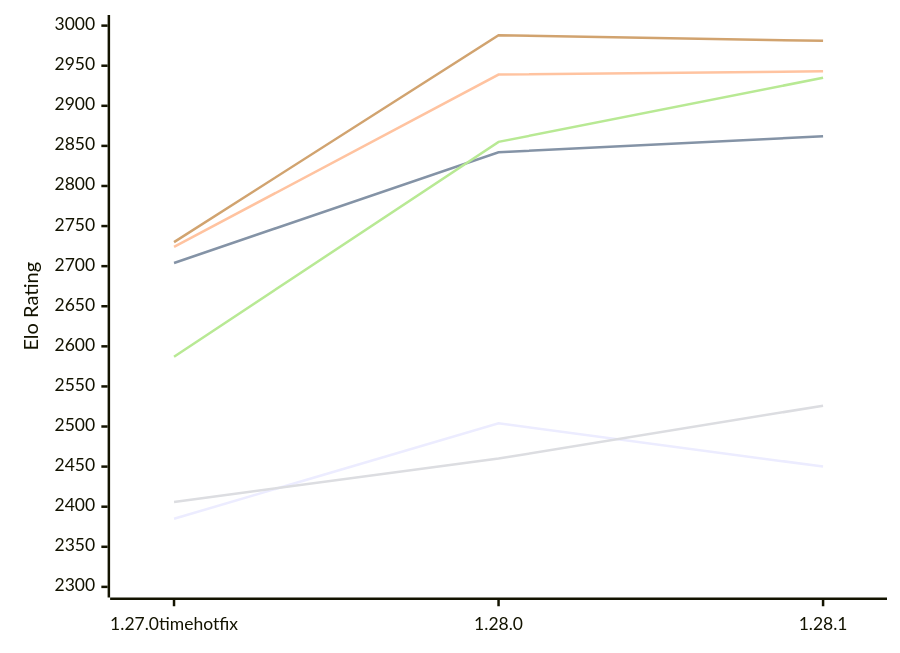
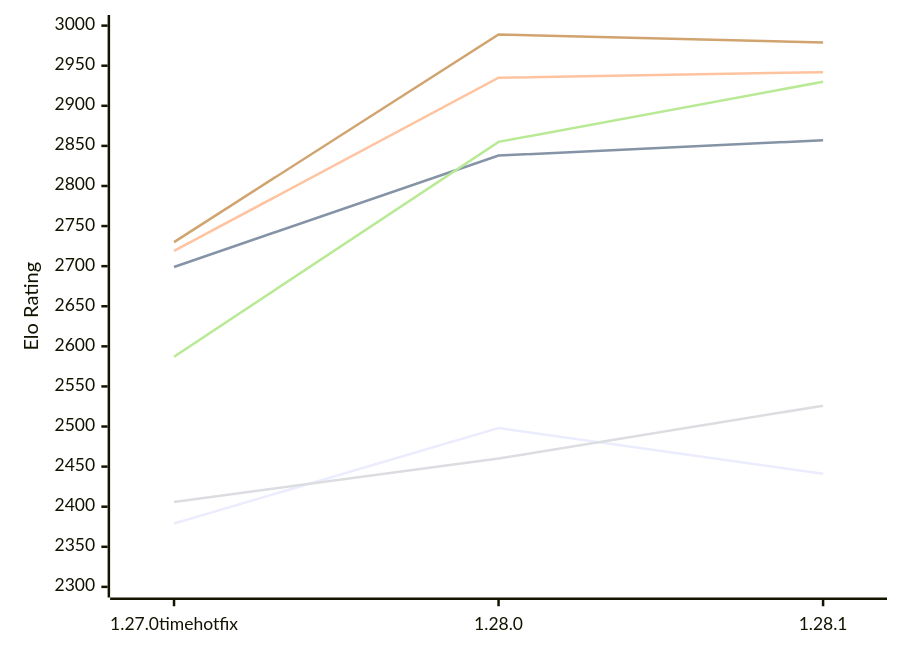
Before and after one commit to computer-chess-index/cci: the first of 2 diagrams in engines/Aurora.md, drawn with Mermaid. The commit also changed other lines of this file, not shown here.

Commit message:
Update CCI Ratings (ELO VLTC) - 2026-11-09

````diff
--- a/engines/Aurora.md
+++ b/engines/Aurora.md
@@ -52,12 +52,12 @@
 ```mermaid
 %%{init: {"theme":"base","themeVariables":{"seriesColors:['#a3a3a3','#222221','#faa371']}}}%%
 xychart-beta
   x-axis ["1.27.0timehotfix", "1.28.0", "1.28.1"]
   y-axis "Elo Rating" 2300 --> 3000
-  line "E1: STC (8.0+0.08s)" [2385, 2504, 2450]
-  line "E1: LTC (60.0+0.60s)" [2704, 2842, 2862]
-  line "E1: VLTC (2m24s+1.12s)" [2724, 2939, 2943]
+  line "E1: STC (8.0+0.08s)" [2379, 2498, 2441]
+  line "E1: LTC (60.0+0.60s)" [2699, 2838, 2857]
+  line "E1: VLTC (2m24s+1.12s)" [2719, 2935, 2942]
   line "P1: STC (8.0+0.08s)" [2406, 2460, 2526]
-  line "P1: LTC (60.0+0.60s)" [2587, 2855, 2935]
-  line "P1: VLTC (2m24s+1.12s)" [2730, 2988, 2981]
+  line "P1: LTC (60.0+0.60s)" [2587, 2855, 2930]
+  line "P1: VLTC (2m24s+1.12s)" [2730, 2989, 2979]
 ```
````
